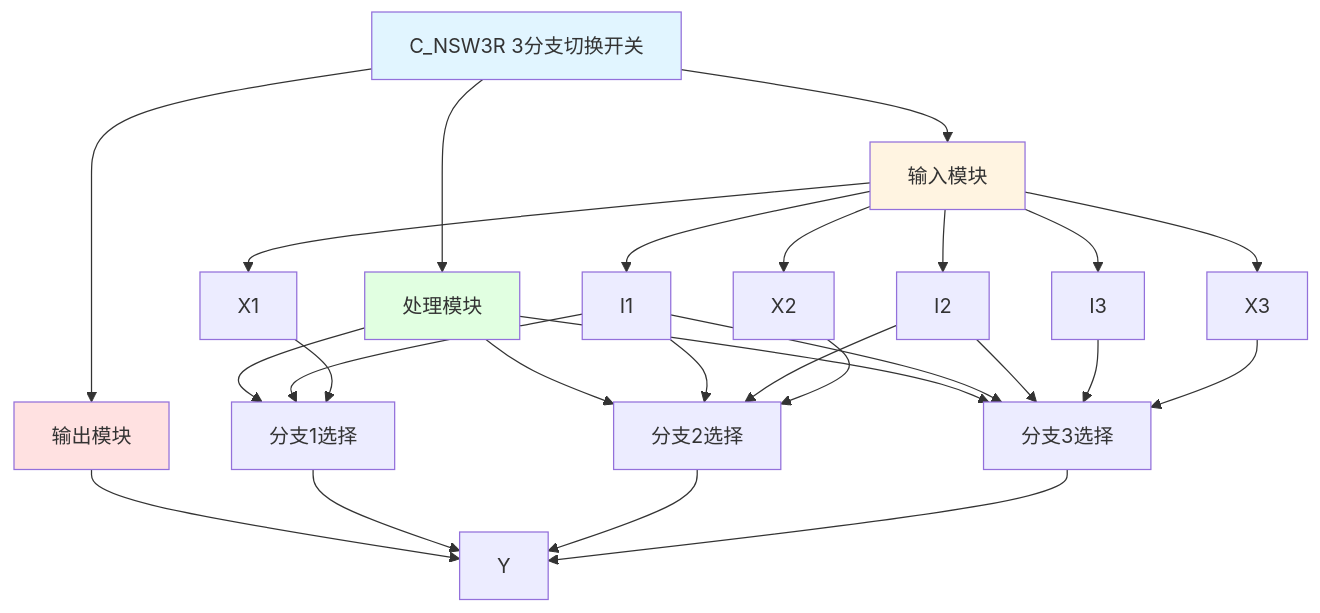
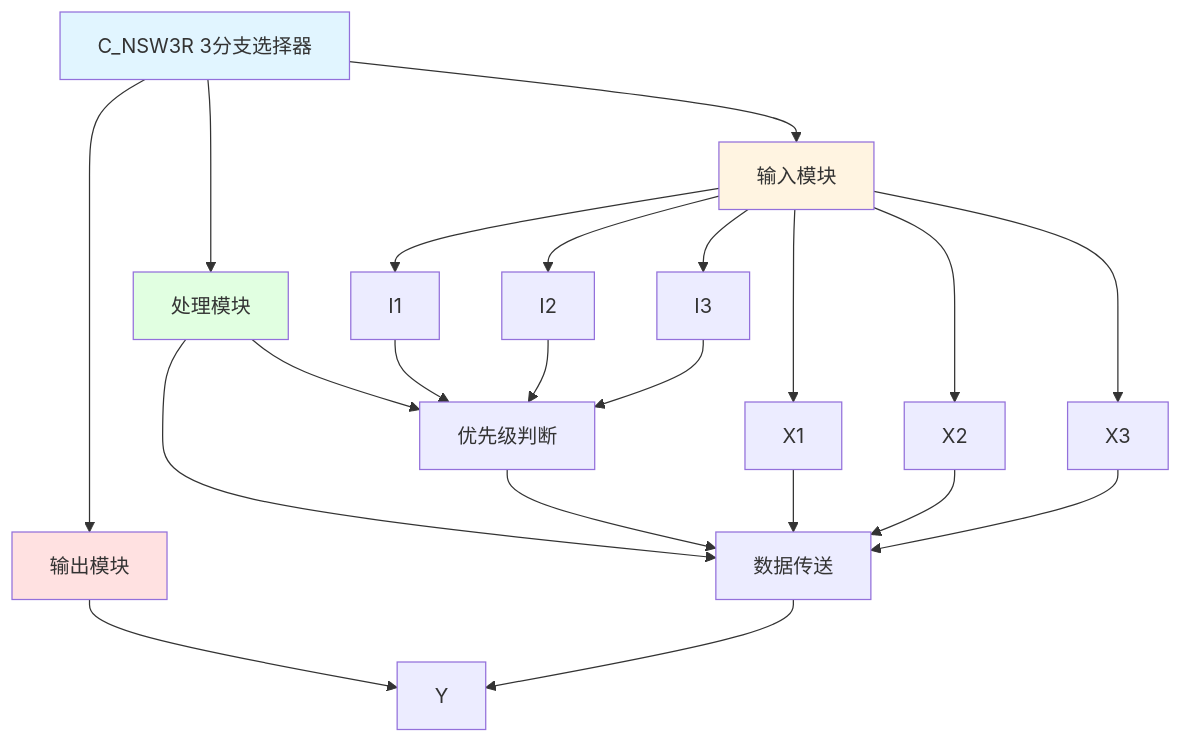
Before and after one commit to dlgt6/c: the diagram in C_NSW3R_分析报告.md, drawn with Mermaid. The commit also changed other lines of this file and 46 other files, not shown here.

````diff
--- a/C_NSW3R_分析报告.md
+++ b/C_NSW3R_分析报告.md
@@ -19,37 +31,32 @@
 ```mermaid
 graph TD
-    A[C_NSW3R 3分支切换开关] --> B[输入模块]
+    A[C_NSW3R 3分支选择器] --> B[输入模块]
     A --> C[处理模块]
     A --> D[输出模块]
     
-    B --> B1[I1]
-    B --> B2[I2]
-    B --> B3[I3]
-    B --> B4[X1]
-    B --> B5[X2]
-    B --> B6[X3]
+    B --> B1[X1]
+    B --> B2[X2]
+    B --> B3[X3]
+    B --> B4[I1]
+    B --> B5[I2]
+    B --> B6[I3]
     
-    C --> C1[分支1选择]
-    C --> C2[分支2选择]
-    C --> C3[分支3选择]
+    C --> C1[优先级判断]
+    C --> C2[数据传送]
     
     D --> D1[Y]
     
-    B1 --> C1
     B4 --> C1
+    B5 --> C1
+    B6 --> C1
+    C1 --> C2
     B1 --> C2
     B2 --> C2
-    B5 --> C2
-    B1 --> C3
-    B2 --> C3
-    B3 --> C3
-    B6 --> C3
-    C1 --> D1
+    B3 --> C2
     C2 --> D1
-    C3 --> D1
     
     style A fill:#e1f5ff
     style B fill:#fff4e1
     style C fill:#e1ffe1
     style D fill:#ffe1e1
 ```
````
